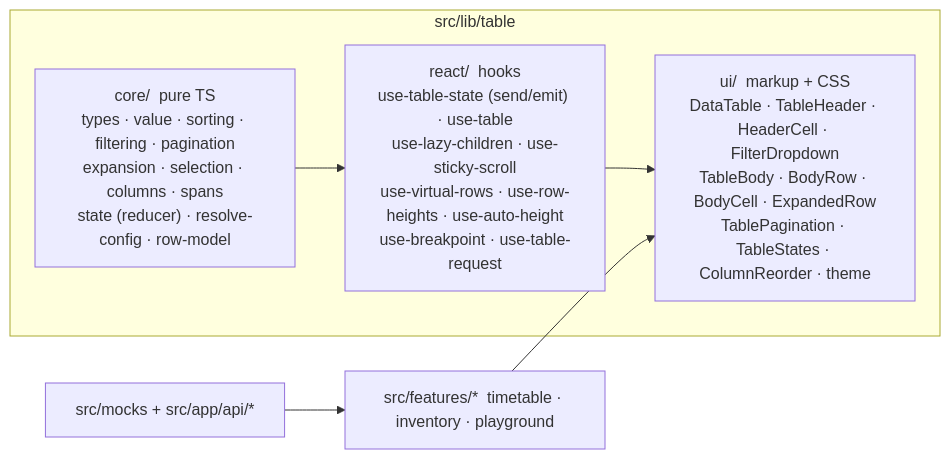
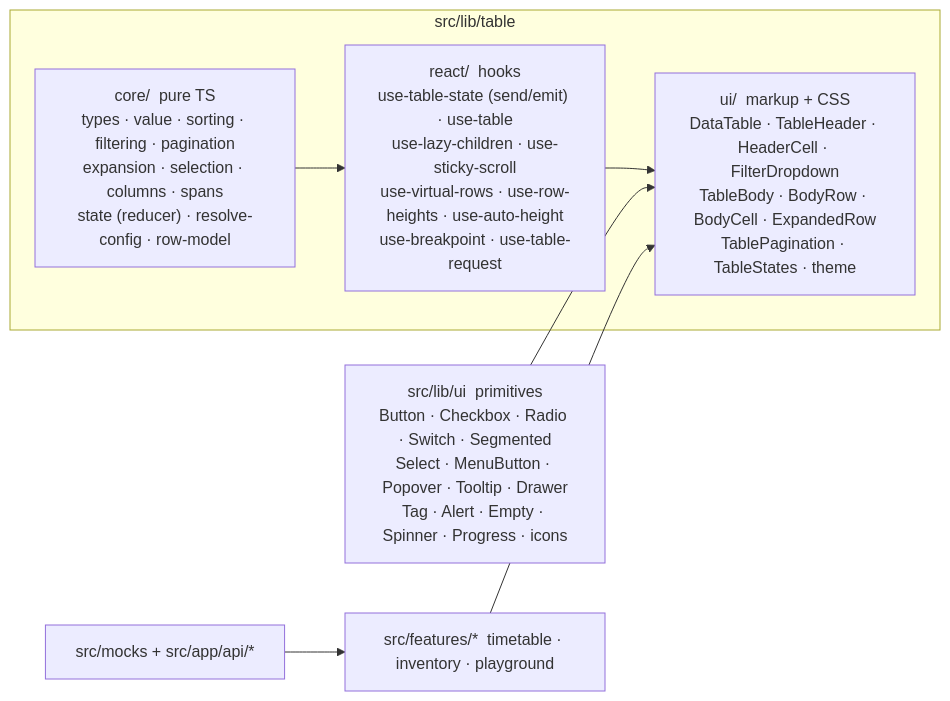
One commit to aungmyatmoe11/rezerv-data-table changed the diagram in docs/ARCHITECTURE.md. Above: the diagram before and after it, drawn with Mermaid. The commit also changed other lines of this file and 75 other files, not shown here.

````diff
--- a/docs/ARCHITECTURE.md
+++ b/docs/ARCHITECTURE.md
@@ -5,11 +5,12 @@
 ```mermaid
 flowchart LR
   subgraph lib["src/lib/table"]
     core["core/  pure TS\ntypes · value · sorting · filtering · pagination\nexpansion · selection · columns · spans\nstate (reducer) · resolve-config · row-model"]
     react["react/  hooks\nuse-table-state (send/emit) · use-table\nuse-lazy-children · use-sticky-scroll\nuse-virtual-rows · use-row-heights · use-auto-height\nuse-breakpoint · use-table-request"]
-    ui["ui/  markup + CSS\nDataTable · TableHeader · HeaderCell · FilterDropdown\nTableBody · BodyRow · BodyCell · ExpandedRow\nTablePagination · TableStates · ColumnReorder · theme"]
+    ui["ui/  markup + CSS\nDataTable · TableHeader · HeaderCell · FilterDropdown\nTableBody · BodyRow · BodyCell · ExpandedRow\nTablePagination · TableStates · theme"]
     core --> react --> ui
   end
+  primitives["src/lib/ui  primitives\nButton · Checkbox · Radio · Switch · Segmented\nSelect · MenuButton · Popover · Tooltip · Drawer\nTag · Alert · Empty · Spinner · Progress · icons"] --> ui
   features["src/features/*  timetable · inventory · playground"] --> ui
   mocks["src/mocks + src/app/api/*"] --> features
 ```
````
